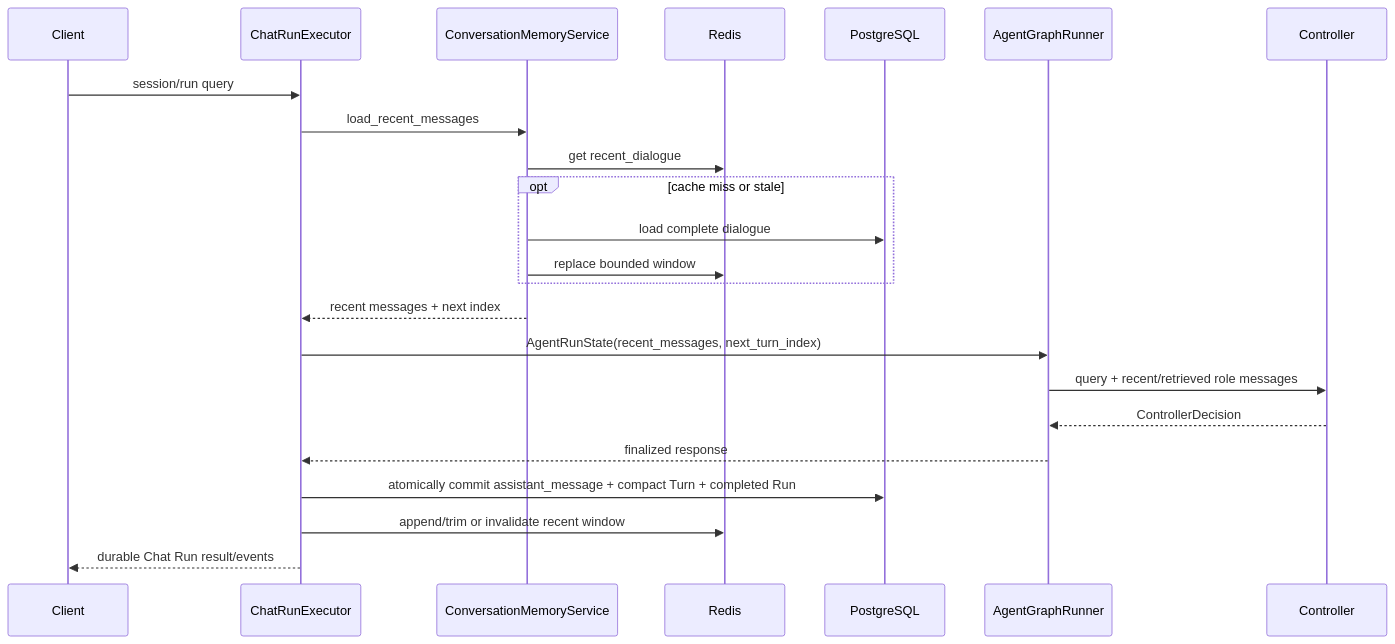
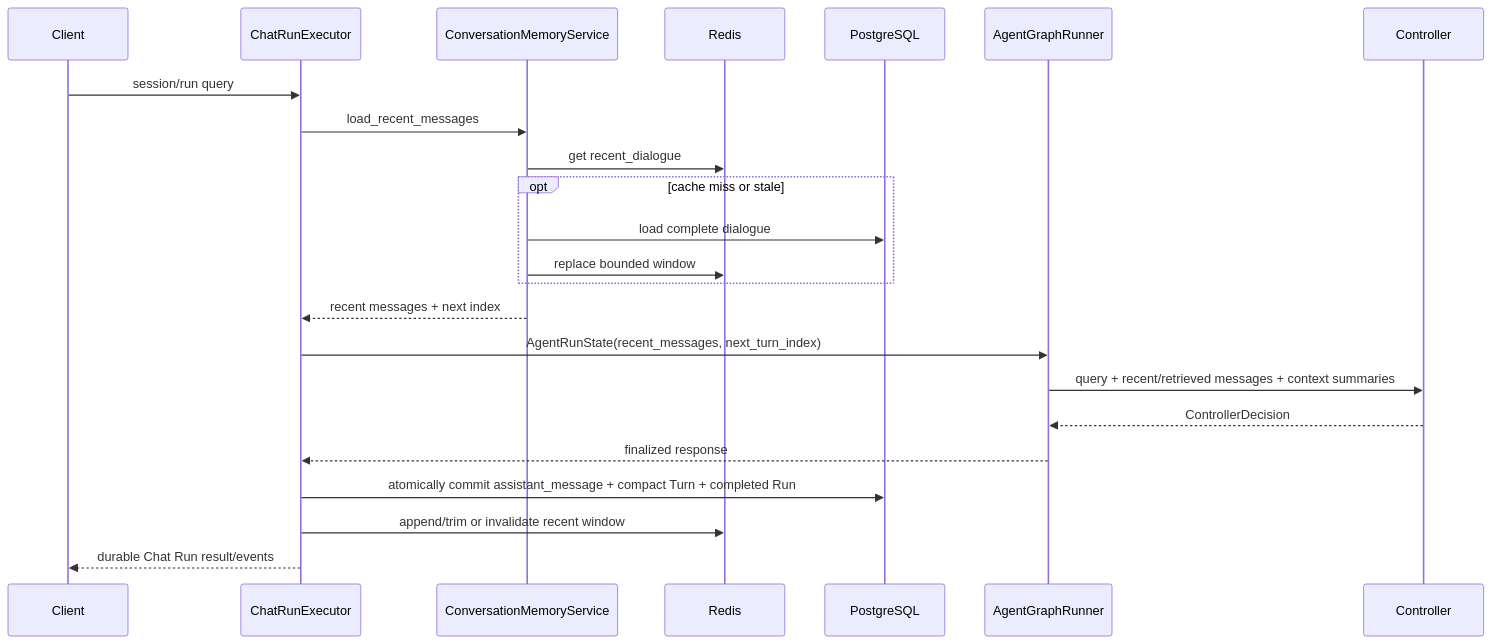
Before and after one commit to Philip23333/DotaMind: the diagram in docs/design/architecture/Controller层.md, drawn with Mermaid. The commit also changed other lines of this file and 32 other files, not shown here.

````diff
--- a/docs/design/architecture/Controller层.md
+++ b/docs/design/architecture/Controller层.md
@@ -68,26 +71,26 @@
 ```mermaid
 sequenceDiagram
     participant Client
     participant Executor as ChatRunExecutor
     participant Memory as ConversationMemoryService
     participant Redis
     participant PG as PostgreSQL
     participant Graph as AgentGraphRunner
     participant Controller
 
     Client->>Executor: session/run query
     Executor->>Memory: load_recent_messages
     Memory->>Redis: get recent_dialogue
     opt cache miss or stale
         Memory->>PG: load complete dialogue
         Memory->>Redis: replace bounded window
     end
     Memory-->>Executor: recent messages + next index
     Executor->>Graph: AgentRunState(recent_messages, next_turn_index)
-    Graph->>Controller: query + recent/retrieved role messages
+    Graph->>Controller: query + recent/retrieved messages + context summaries
     Controller-->>Graph: ControllerDecision
     Graph-->>Executor: finalized response
     Executor->>PG: atomically commit assistant_message + compact Turn + completed Run
     Executor->>Redis: append/trim or invalidate recent window
     Executor-->>Client: durable Chat Run result/events
 ```
````
